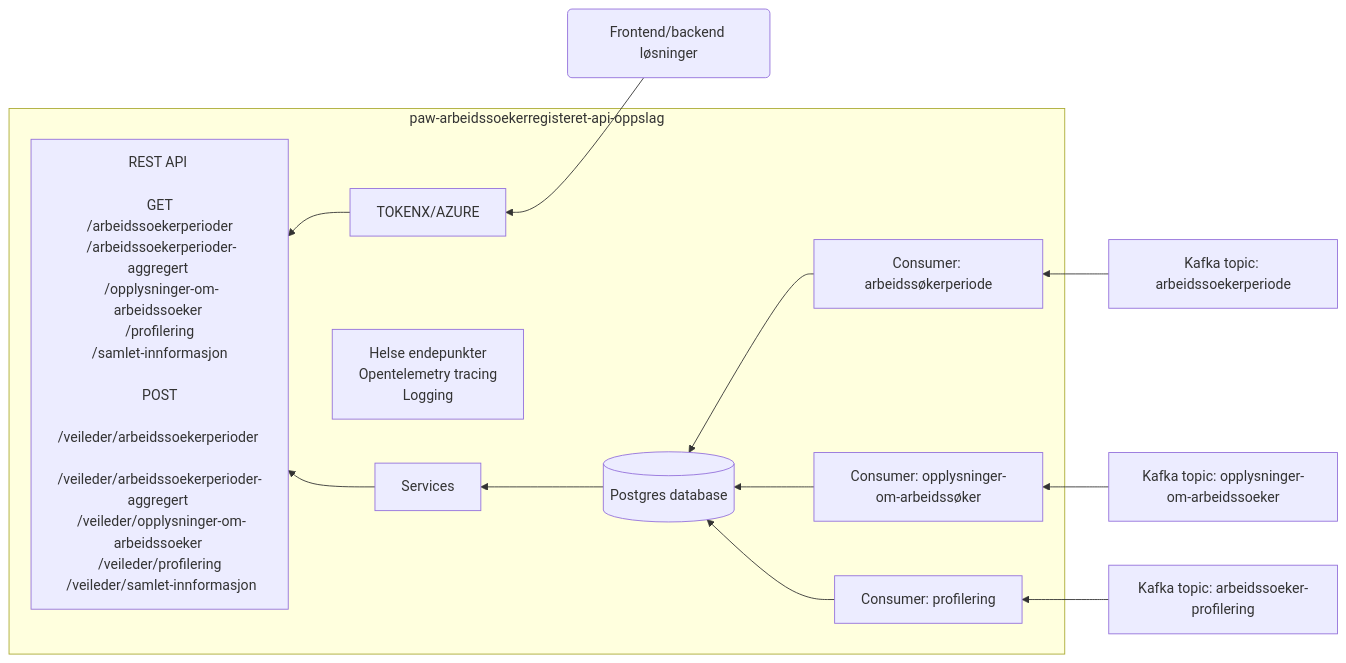
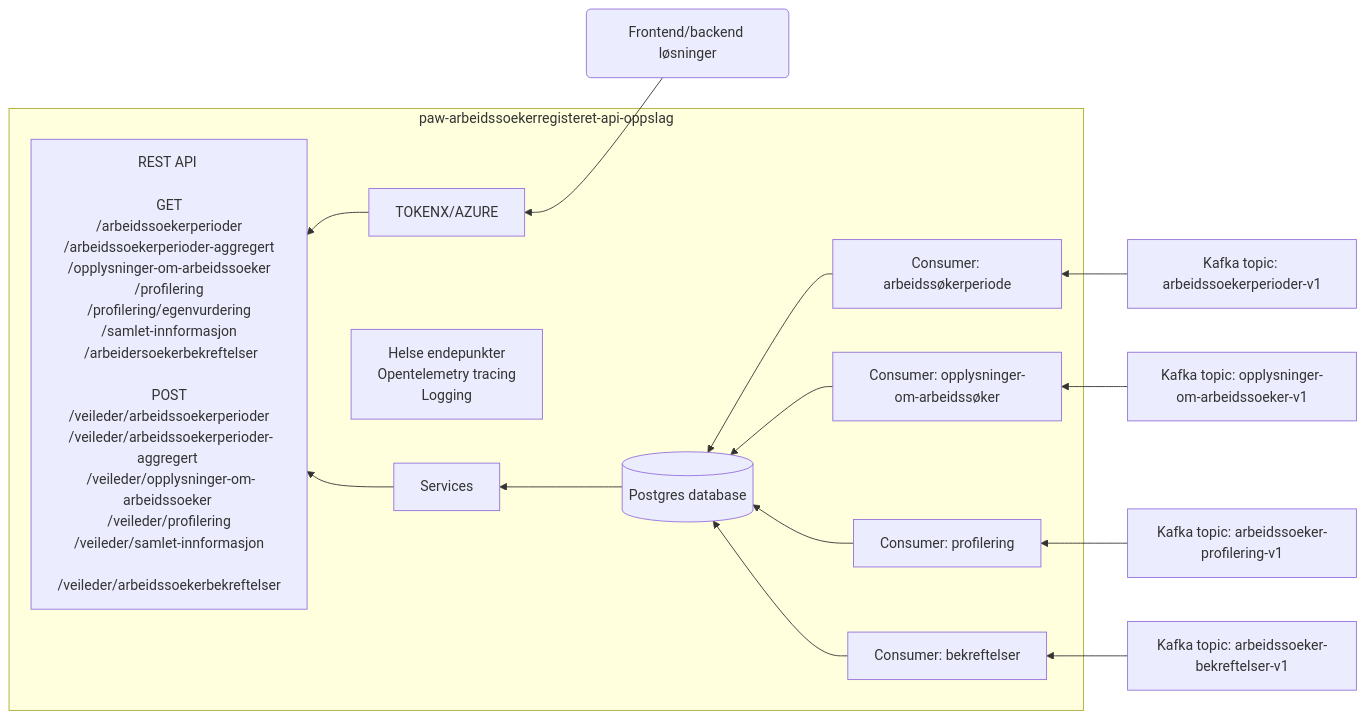
The diagram in apps/oppslag-api/README.md (navikt/paw-arbeidssoekerregisteret-monorepo-ekstern), drawn with Mermaid before and after one commit. The commit also changed other lines of this file and 1 other file, not shown here.

Commit message:
Oppdatert openapi spec med tags. Lagt til bekreftelser og egenvurdering i README.md

````diff
--- a/apps/oppslag-api/README.md
+++ b/apps/oppslag-api/README.md
@@ -11,28 +11,32 @@
 ```mermaid
 flowchart RL;
     A(Frontend/backend løsninger);
     subgraph paw-arbeidssoekerregisteret-api-oppslag
         B[TOKENX/AZURE];
-        id1[REST API <br/> <br/> GET <br/> /arbeidssoekerperioder <br/> /arbeidssoekerperioder-aggregert <br/> /opplysninger-om-arbeidssoeker <br/> /profilering <br/> /samlet-innformasjon <br/> <br/> POST <br/> /veileder/arbeidssoekerperioder <br/> /veileder/arbeidssoekerperioder-aggregert <br/> /veileder/opplysninger-om-arbeidssoeker <br/> /veileder/profilering <br/> /veileder/samlet-innformasjon];
+        id1[REST API <br/> <br/> GET <br/> /arbeidssoekerperioder <br/> /arbeidssoekerperioder-aggregert <br/> /opplysninger-om-arbeidssoeker <br/> /profilering <br/> /profilering/egenvurdering <br/> /samlet-innformasjon <br/> /arbeidersoekerbekreftelser<br/> <br/> POST <br/> /veileder/arbeidssoekerperioder <br/> /veileder/arbeidssoekerperioder-aggregert <br/> /veileder/opplysninger-om-arbeidssoeker <br/> /veileder/profilering <br/> /veileder/samlet-innformasjon <br/> /veileder/arbeidssoekerbekreftelser];
         id2[Helse endepunkter <br/> Opentelemetry tracing <br/> Logging];
         C[Services];
         D[(Postgres database)];
         E[Consumer: arbeidssøkerperiode];
         F[Consumer: opplysninger-om-arbeidssøker];
         G[Consumer: profilering];
+        H[Consumer: bekreftelser];
     end;
-    H[Kafka topic: arbeidssoekerperiode];
-    I[Kafka topic: opplysninger-om-arbeidssoeker];
-    J[Kafka topic: arbeidssoeker-profilering];
+    I[Kafka topic: arbeidssoekerperioder-v1];
+    J[Kafka topic: opplysninger-om-arbeidssoeker-v1];
+    K[Kafka topic: arbeidssoeker-profilering-v1];
+    L[Kafka topic: arbeidssoeker-bekreftelser-v1];
     A-->B;
     B-->id1;
     id2~~~id1
     C-->id1;
     D-->C
     E-->D
     F-->D;
     G-->D;
-    J-->G;
-    I-->F;
-    H-->E;
+    H-->D;
+    K-->G;
+    J-->F;
+    I-->E;
+    L-->H;
 ```
````
